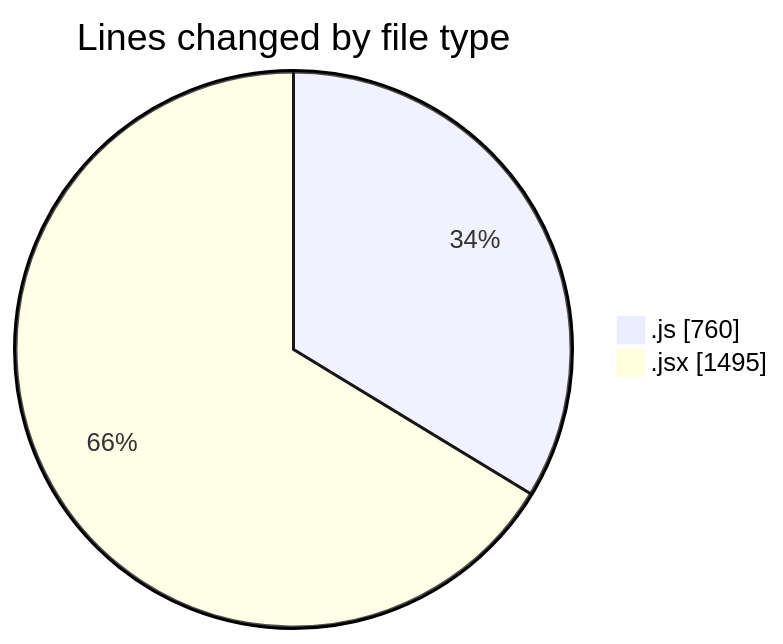
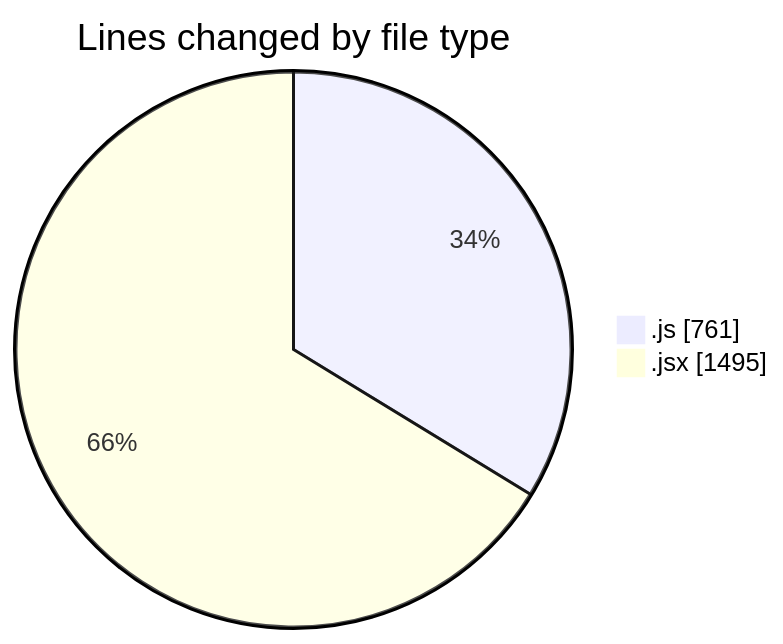
Before and after one commit to nxtqubesakshisongat/code-tracking: the first of 2 diagrams in 2025-07-01/argos/README.md, drawn with Mermaid. The commit also changed other lines of this file and 1 other file, not shown here.

````diff
--- a/2025-07-01/argos/README.md
+++ b/2025-07-01/argos/README.md
@@ -27,6 +27,6 @@
 ```mermaid
 pie showData
 title Lines changed by file type
-".js" : 760
+".js" : 761
 ".jsx" : 1495
 ```
````
